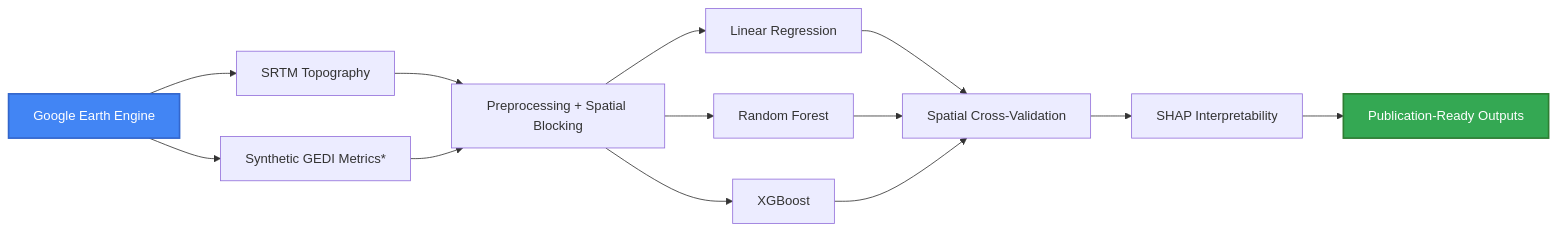
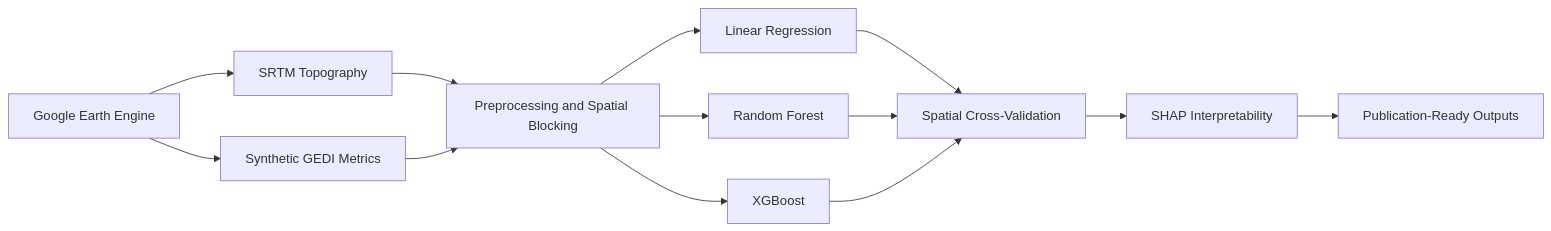
One commit to Jzaman2004/GEDI-Biomass-Estimation-with-Spatially-Aware-Machine-Learning changed the diagram in README.md. Above: the diagram before and after it, drawn with Mermaid.

````diff
--- a/README.md
+++ b/README.md
@@ -60,15 +60,15 @@
 ```mermaid
 graph LR
     A[Google Earth Engine] --> B[SRTM Topography]
-    A --> C[Synthetic GEDI Metrics*]
-    B & C --> D[Preprocessing + Spatial Blocking]
+    A --> C[Synthetic GEDI Metrics]
+    B --> D[Preprocessing and Spatial Blocking]
+    C --> D
     D --> E[Linear Regression]
     D --> F[Random Forest]
-    D --> F2[XGBoost]
-    E & F & F2 --> G[Spatial Cross-Validation]
-    G --> H[SHAP Interpretability]
-    H --> I[Publication-Ready Outputs]
-    
-    style A fill:#4285f4,stroke:#3366cc,stroke-width:2px,color:white
-    style I fill:#34a853,stroke:#2e7d32,stroke-width:2px,color:white
+    D --> G[XGBoost]
+    E --> H[Spatial Cross-Validation]
+    F --> H
+    G --> H
+    H --> I[SHAP Interpretability]
+    I --> J[Publication-Ready Outputs]
 ```
````
